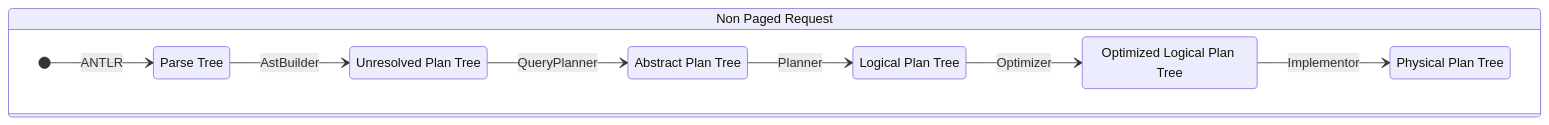
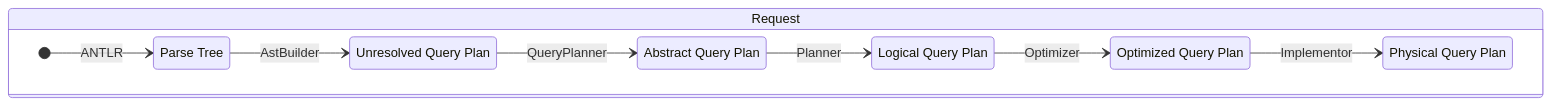
One commit to opensearch-project/sql changed the first of 18 diagrams in docs/dev/Pagination-v2.md. Above: the diagram before and after it, drawn with Mermaid. The commit also changed other lines of this file, not shown here.

````diff
--- a/docs/dev/Pagination-v2.md
+++ b/docs/dev/Pagination-v2.md
@@ -125,19 +123,19 @@
 ```mermaid
 stateDiagram-v2
-  state "Non Paged Request" as NonPaged {
+  state "Request" as NonPaged {
     direction LR
     state "Parse Tree" as Parse
-    state "Unresolved Plan Tree" as Unresolved
-    state "Abstract Plan Tree" as Abstract
-    state "Logical Plan Tree" as Logical
-    state "Optimized Logical Plan Tree" as Optimized
-    state "Physical Plan Tree" as Physical
+    state "Unresolved Query Plan" as Unresolved
+    state "Abstract Query Plan" as Abstract
+    state "Logical Query Plan" as Logical
+    state "Optimized Query Plan" as Optimized
+    state "Physical Query Plan" as Physical
 
     [*] --> Parse : ANTLR
     Parse --> Unresolved : AstBuilder
     Unresolved --> Abstract : QueryPlanner
     Abstract --> Logical : Planner
     Logical --> Optimized : Optimizer
     Optimized --> Physical : Implementor
   }
 ```
````
